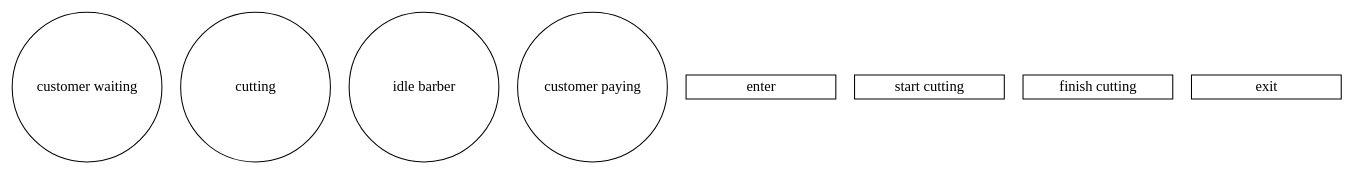
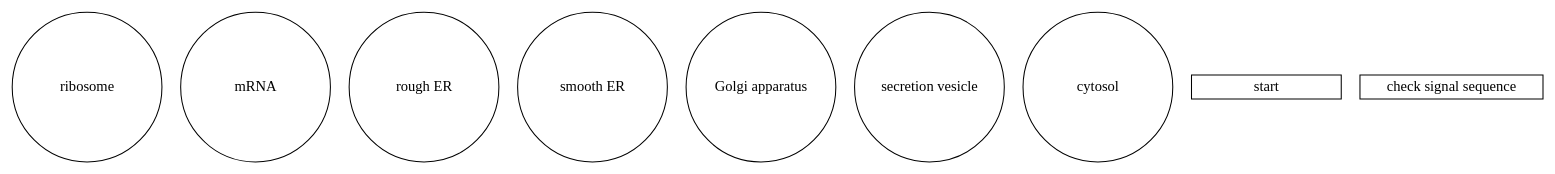
One commit to dilawar/Courses changed the diagram in CellBiology_2015/Cell_Secretion_ColinJ/Notes/pathway.dot. Above: the diagram before and after it, drawn with Graphviz.

Commit message:
Some random stuff.

```diff
--- a/CellBiology_2015/Cell_Secretion_ColinJ/Notes/pathway.dot
+++ b/CellBiology_2015/Cell_Secretion_ColinJ/Notes/pathway.dot
@@ -1,20 +1,22 @@
 digraph cellSecretion {
 
     subgraph place {
         graph [shape=circle,color=gray];
         node [shape=circle,fixedsize=true,width=2];
-        "customer waiting";
-        cutting;
-        "idle barber";
-        "customer paying";
+        "ribosome";
+        "mRNA";
+        "rough ER";
+        "smooth ER";
+        "Golgi apparatus";
+        "secretion vesicle";
+        "cytosol";
     }
 
     subgraph transitions {
         node [shape=rect,height=0.2,width=2];
-        enter;
-        "start cutting";
-        "finish cutting";
-        exit;
+        start;
+        "check signal sequence";
+
     }
 
 }
```
